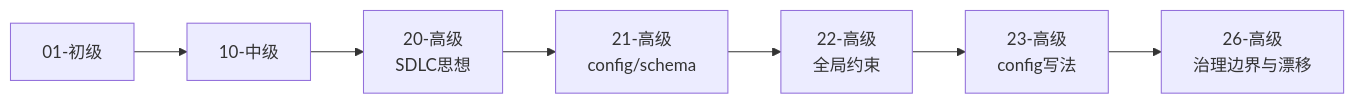
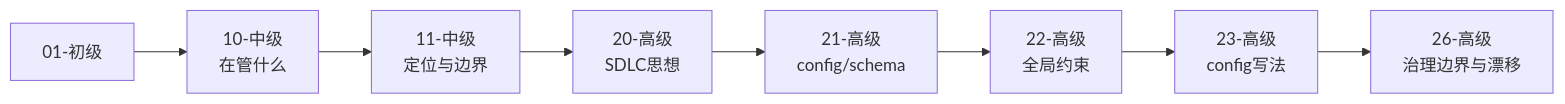
One commit to ethan-jiang-3/OpenSpec changed the second of 8 diagrams in _openspec_handbook/00-index.md. Above: the diagram before and after it, drawn with Mermaid. The commit also changed other lines of this file and 4 other files, not shown here.

````diff
--- a/_openspec_handbook/00-index.md
+++ b/_openspec_handbook/00-index.md
@@ -145,7 +145,8 @@
 ```mermaid
 graph LR
-    A[01-初级] --> B[10-中级] --> C[20-高级<br/>SDLC思想]
+    A[01-初级] --> B[10-中级<br/>在管什么] --> B2[11-中级<br/>定位与边界]
+    B2 --> C[20-高级<br/>SDLC思想]
     C --> D[21-高级<br/>config/schema] --> E[22-高级<br/>全局约束]
     E --> F[23-高级<br/>config写法]
     F --> H[26-高级<br/>治理边界与漂移]
 ```
````
